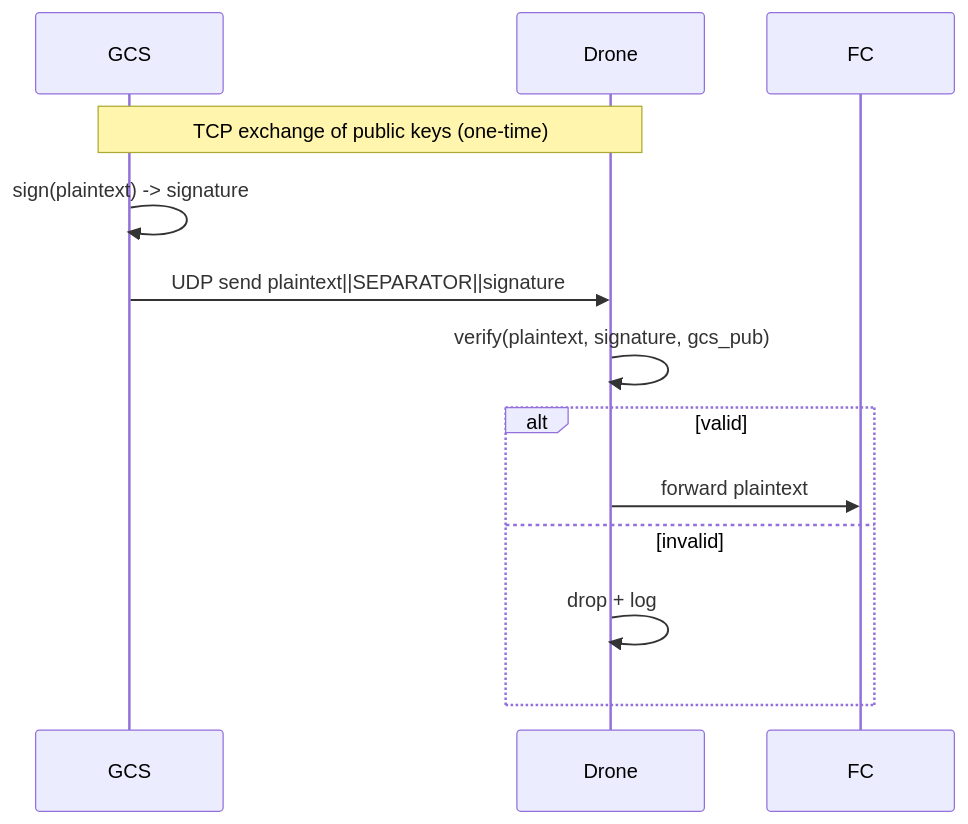
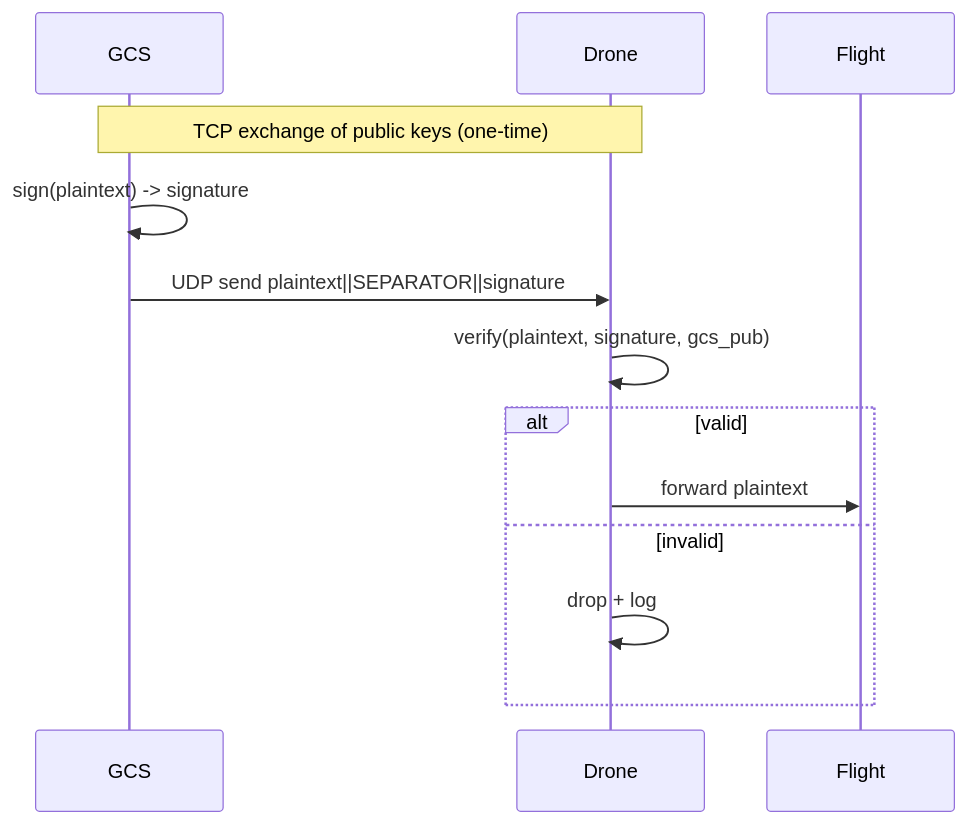
One commit to Kamalbura/gcs-tuned changed the third of 3 diagrams in README.md. Above: the diagram before and after it, drawn with Mermaid. The commit also changed other lines of this file and 6 other files, not shown here.

````diff
--- a/README.md
+++ b/README.md
@@ -55,14 +55,15 @@
 ```mermaid
 sequenceDiagram
   participant GCS
   participant Drone
+  participant Flight
   Note over GCS,Drone: TCP exchange of public keys (one-time)
   GCS->>GCS: sign(plaintext) -> signature
   GCS->>Drone: UDP send plaintext||SEPARATOR||signature
   Drone->>Drone: verify(plaintext, signature, gcs_pub)
   alt valid
-    Drone->>FC: forward plaintext
+    Drone->>Flight: forward plaintext
   else invalid
     Drone->>Drone: drop + log
   end
 ```
````
